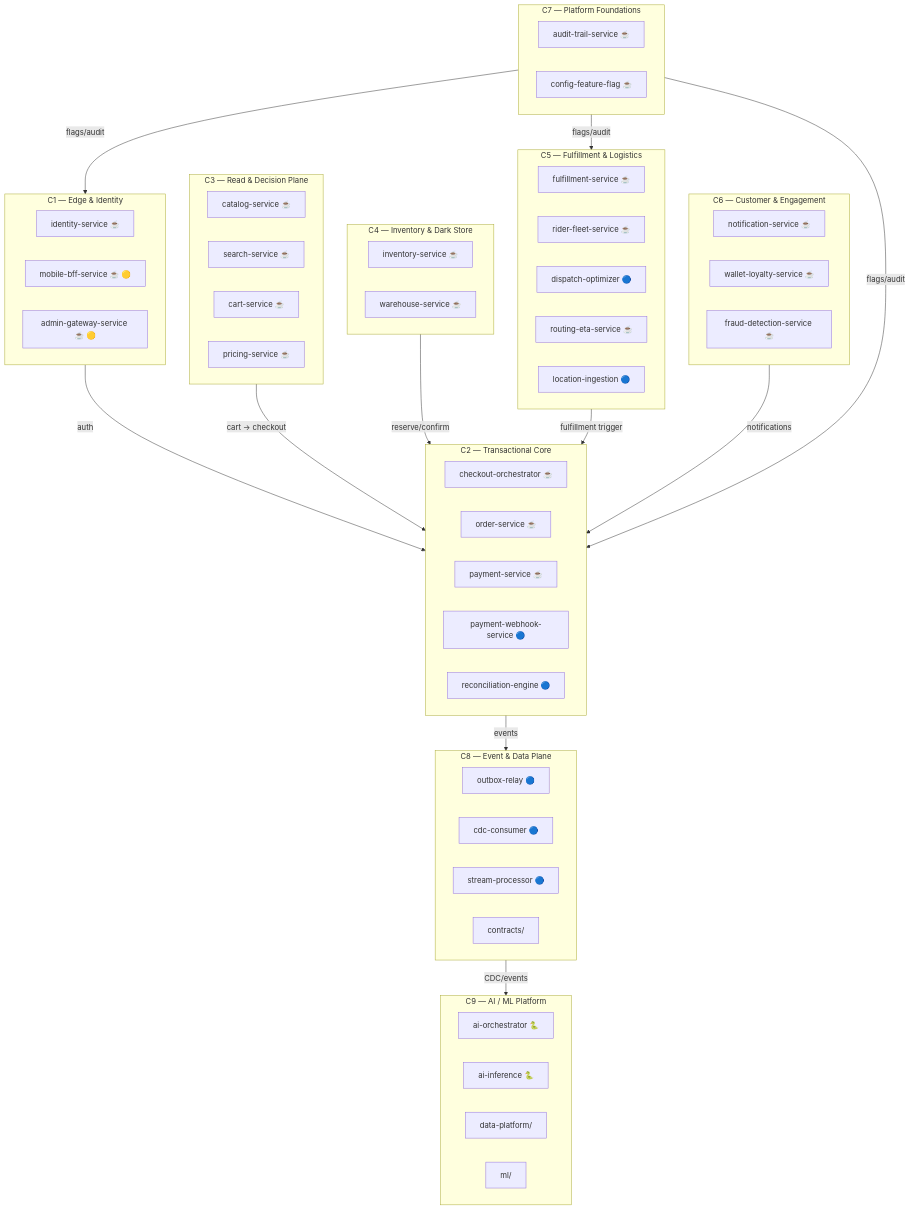
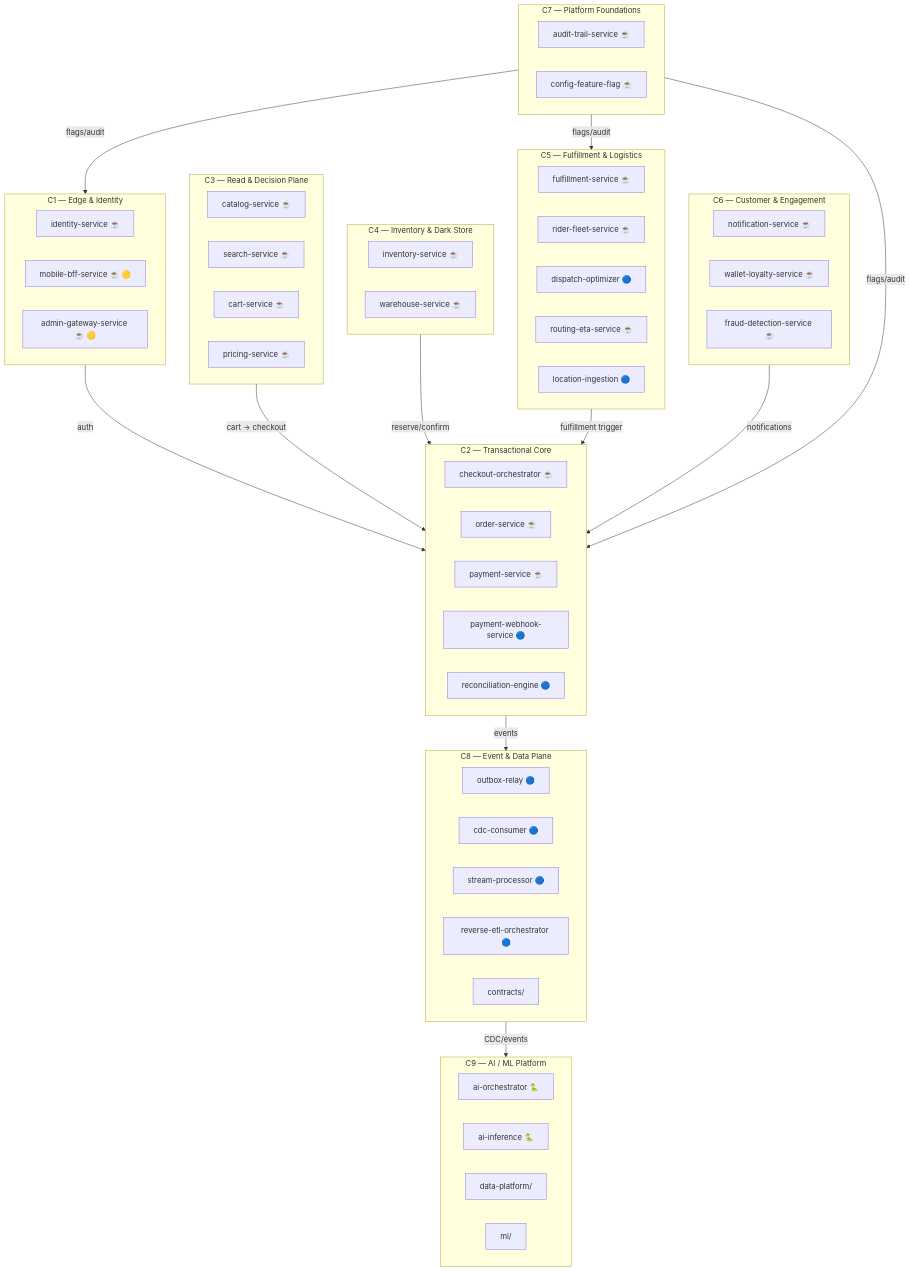
Before and after one commit to sunitakeazycommerz-a11y/InstaCommerce: the third of 5 diagrams in docs/README.md, drawn with Mermaid. The commit also changed 64 other files, not shown here.

````diff
--- a/docs/README.md
+++ b/docs/README.md
@@ -184,70 +184,71 @@
 ```mermaid
 graph TB
     subgraph C1["C1 — Edge & Identity"]
         identity["identity-service ☕"]
         mobile_bff["mobile-bff-service ☕ 🟡"]
         admin_gw["admin-gateway-service ☕ 🟡"]
     end
 
     subgraph C2["C2 — Transactional Core"]
         checkout["checkout-orchestrator ☕"]
         order["order-service ☕"]
         payment["payment-service ☕"]
         pay_webhook["payment-webhook-service 🔵"]
         recon["reconciliation-engine 🔵"]
     end
 
     subgraph C3["C3 — Read & Decision Plane"]
         catalog["catalog-service ☕"]
         search["search-service ☕"]
         cart["cart-service ☕"]
         pricing["pricing-service ☕"]
     end
 
     subgraph C4["C4 — Inventory & Dark Store"]
         inventory["inventory-service ☕"]
         warehouse["warehouse-service ☕"]
     end
 
     subgraph C5["C5 — Fulfillment & Logistics"]
         fulfillment["fulfillment-service ☕"]
         rider_fleet["rider-fleet-service ☕"]
         dispatch["dispatch-optimizer 🔵"]
         routing["routing-eta-service ☕"]
         location["location-ingestion 🔵"]
     end
 
     subgraph C6["C6 — Customer & Engagement"]
         notification["notification-service ☕"]
         wallet["wallet-loyalty-service ☕"]
         fraud["fraud-detection-service ☕"]
     end
 
     subgraph C7["C7 — Platform Foundations"]
         audit["audit-trail-service ☕"]
         config["config-feature-flag ☕"]
     end
 
     subgraph C8["C8 — Event & Data Plane"]
         outbox["outbox-relay 🔵"]
         cdc["cdc-consumer 🔵"]
         stream["stream-processor 🔵"]
+        reverse_etl["reverse-etl-orchestrator 🔵"]
         contracts_node["contracts/"]
     end
 
     subgraph C9["C9 — AI / ML Platform"]
         ai_orch["ai-orchestrator 🐍"]
         ai_inf["ai-inference 🐍"]
         data_plat["data-platform/"]
         ml_node["ml/"]
     end
 
     C1 -->|auth| C2
     C2 -->|events| C8
     C8 -->|CDC/events| C9
     C3 -->|cart → checkout| C2
     C4 -->|reserve/confirm| C2
     C5 -->|fulfillment trigger| C2
     C6 -->|notifications| C2
     C7 -->|flags/audit| C1 & C2 & C5
 ```
````
